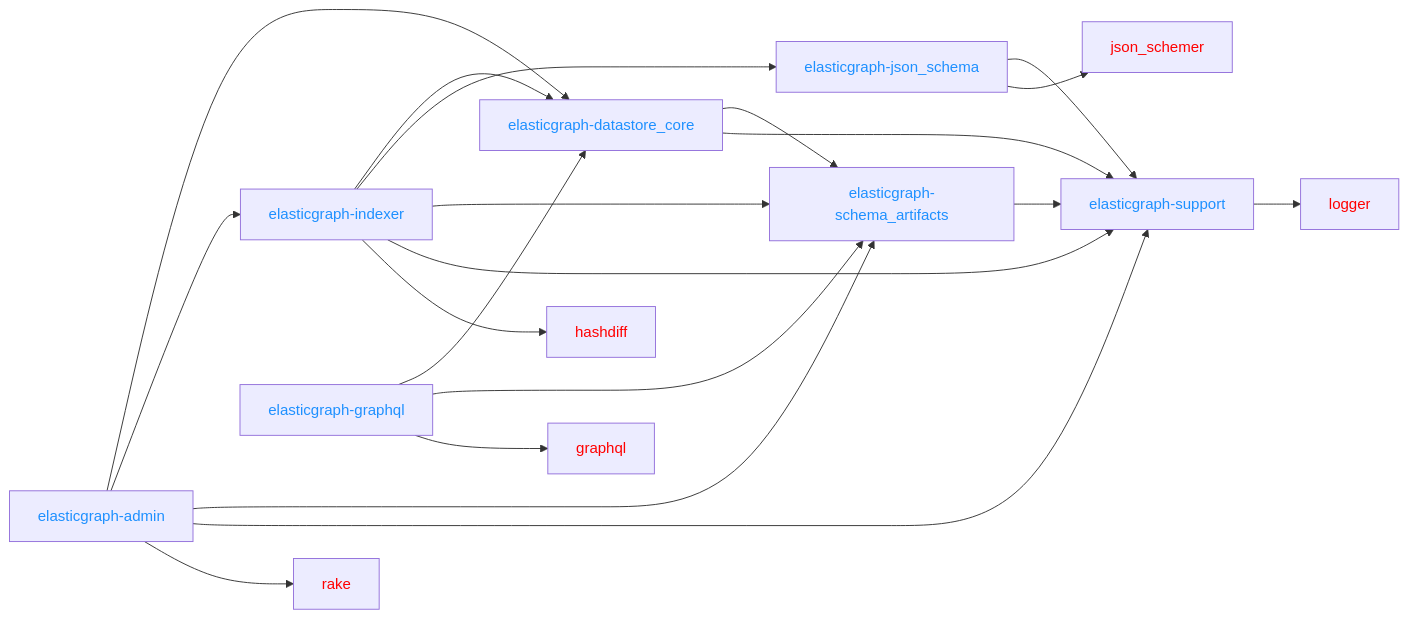
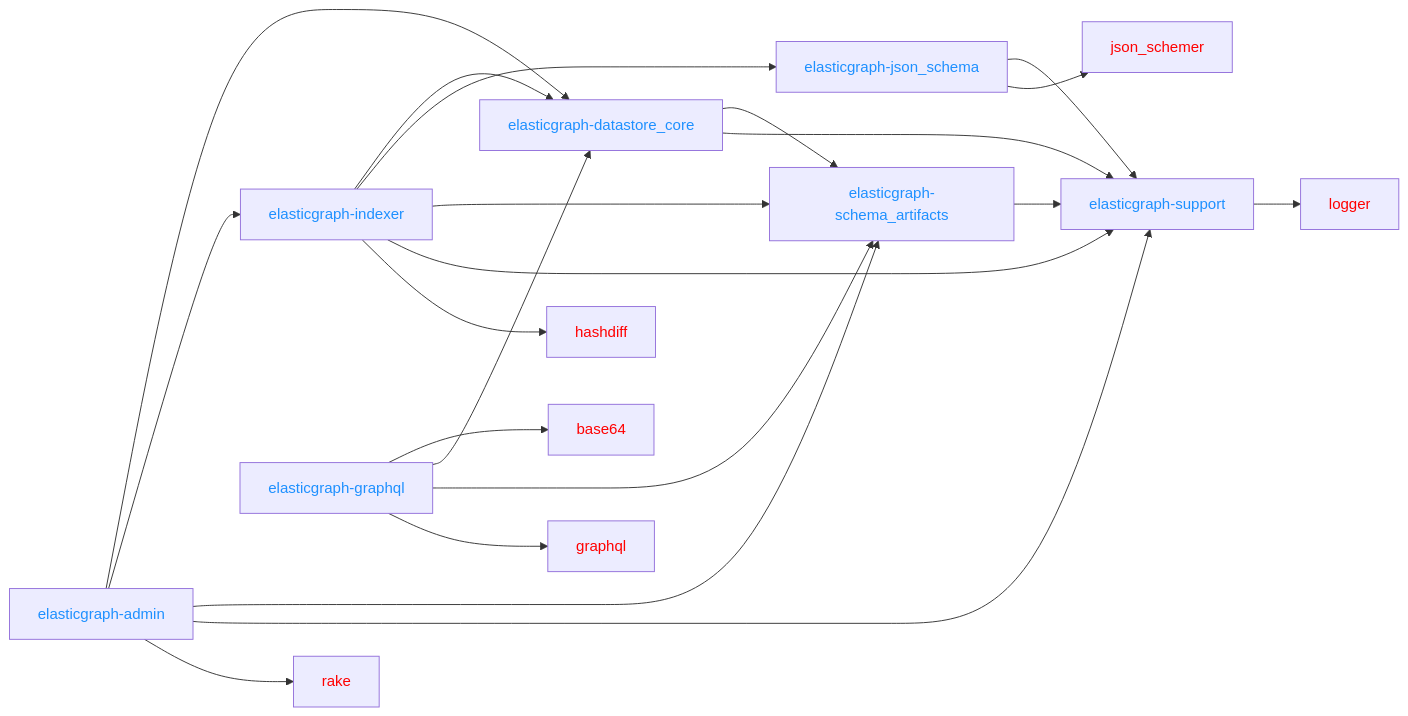
Before and after one commit to ciaran51/elasticgraph: the first of 5 diagrams in CODEBASE_OVERVIEW.md, drawn with Mermaid. The commit also changed 2 other files, not shown here.

Commit message:
Explicitly depend on `base64` since Ruby 3.4 no longer bundles it. (#481)

````diff
--- a/CODEBASE_OVERVIEW.md
+++ b/CODEBASE_OVERVIEW.md
@@ -21,27 +21,29 @@
 ```mermaid
 graph LR;
     elasticgraph-admin --> elasticgraph-datastore_core & elasticgraph-indexer & elasticgraph-schema_artifacts & elasticgraph-support & rake
     elasticgraph-datastore_core --> elasticgraph-schema_artifacts & elasticgraph-support
-    elasticgraph-graphql --> elasticgraph-datastore_core & elasticgraph-schema_artifacts & graphql
+    elasticgraph-graphql --> base64 & elasticgraph-datastore_core & elasticgraph-schema_artifacts & graphql
     elasticgraph-indexer --> elasticgraph-datastore_core & elasticgraph-json_schema & elasticgraph-schema_artifacts & elasticgraph-support & hashdiff
     elasticgraph-json_schema --> elasticgraph-support & json_schemer
     elasticgraph-schema_artifacts --> elasticgraph-support
     elasticgraph-support --> logger
     style elasticgraph-admin color: DodgerBlue;
     style elasticgraph-datastore_core color: DodgerBlue;
     style elasticgraph-graphql color: DodgerBlue;
     style elasticgraph-indexer color: DodgerBlue;
     style elasticgraph-json_schema color: DodgerBlue;
     style elasticgraph-schema_artifacts color: DodgerBlue;
     style elasticgraph-support color: DodgerBlue;
     style rake color: Red;
+    style base64 color: Red;
     style graphql color: Red;
     style hashdiff color: Red;
     style json_schemer color: Red;
     style logger color: Red;
+click base64 href "https://rubygems.org/gems/base64"
 click graphql href "https://rubygems.org/gems/graphql"
 click hashdiff href "https://rubygems.org/gems/hashdiff"
 click json_schemer href "https://rubygems.org/gems/json_schemer"
 click logger href "https://rubygems.org/gems/logger"
 click rake href "https://rubygems.org/gems/rake"
 ```
````
